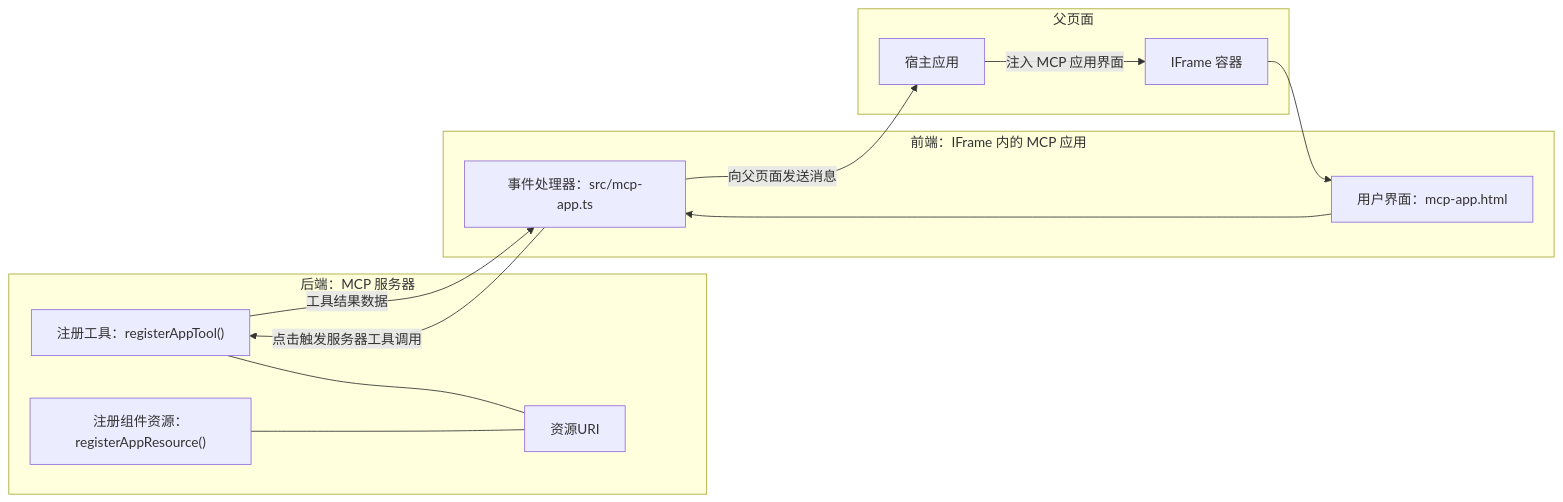
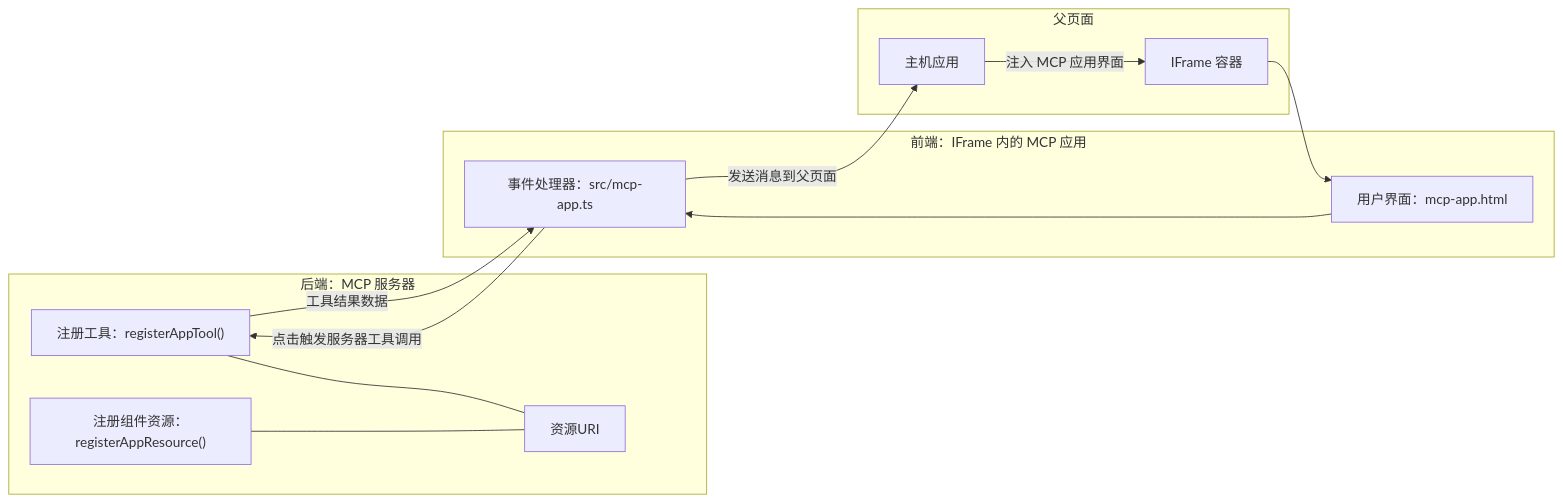
The diagram in mcp_ecosystem__model_context_protocol/mcp_learning_resources/mcp-for-beginners/translations/zh-CN/03-GettingStarted/15-mcp-apps/README.md (HIDORAKAI002/ai-workspace-archive), drawn with Mermaid before and after one commit. The commit also changed other lines of this file and 1160 other files, not shown here.

````diff
--- a/mcp_ecosystem__model_context_protocol/mcp_learning_resources/mcp-for-beginners/translations/zh-CN/03-GettingStarted/15-mcp-apps/README.md
+++ b/mcp_ecosystem__model_context_protocol/mcp_learning_resources/mcp-for-beginners/translations/zh-CN/03-GettingStarted/15-mcp-apps/README.md
@@ -32,27 +32,27 @@
 ```mermaid
 flowchart LR
   subgraph Backend[后端：MCP 服务器]
     T["注册工具：registerAppTool()"]
     C["注册组件资源：registerAppResource()"]
     U[资源URI]
     T --- U
     C --- U
   end
 
   subgraph Parent[父页面]
-    H[宿主应用]
+    H[主机应用]
     IFRAME[IFrame 容器]
     H -->|注入 MCP 应用界面| IFRAME
   end
 
   subgraph Frontend[前端：IFrame 内的 MCP 应用]
     UI["用户界面：mcp-app.html"]
     EH["事件处理器：src/mcp-app.ts"]
     UI --> EH
   end
 
   IFRAME --> UI
   EH -->|点击触发服务器工具调用| T
   T -->|工具结果数据| EH
-  EH -->|向父页面发送消息| H
+  EH -->|发送消息到父页面| H
 ```
````
